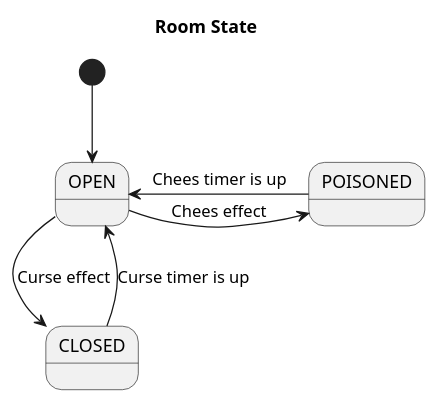
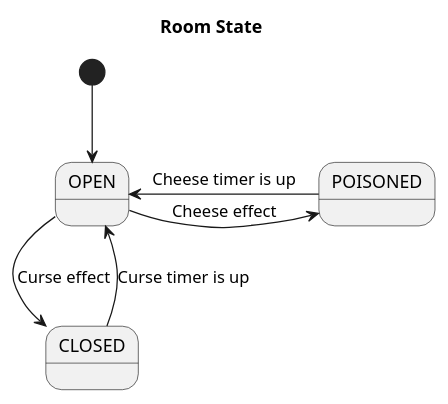
Before and after one commit to MBakter/echo: the diagram in docs/state_room.plantuml, drawn with PlantUML. The commit also changed 10 other files, not shown here.

Commit message:
Updated sequenceDiagrams

```diff
--- a/docs/state_room.plantuml
+++ b/docs/state_room.plantuml
@@ -1,18 +1,18 @@
 @startuml
 title Room State
 
 
 
-/'     OPEN : Doors Visibel
+/'  OPEN : Doors Visible
     CLOSED : No doors
     POISONED : Stuns players '/
 
     [*] --> OPEN
     CLOSED -up-> OPEN : Curse timer is up
     OPEN -> CLOSED : Curse effect
-    OPEN -> POISONED : Chees effect
-    OPEN <- POISONED : Chees timer is up
+    OPEN -> POISONED : Cheese effect
+    OPEN <- POISONED : Cheese timer is up
 
     
 
 @enduml
```
